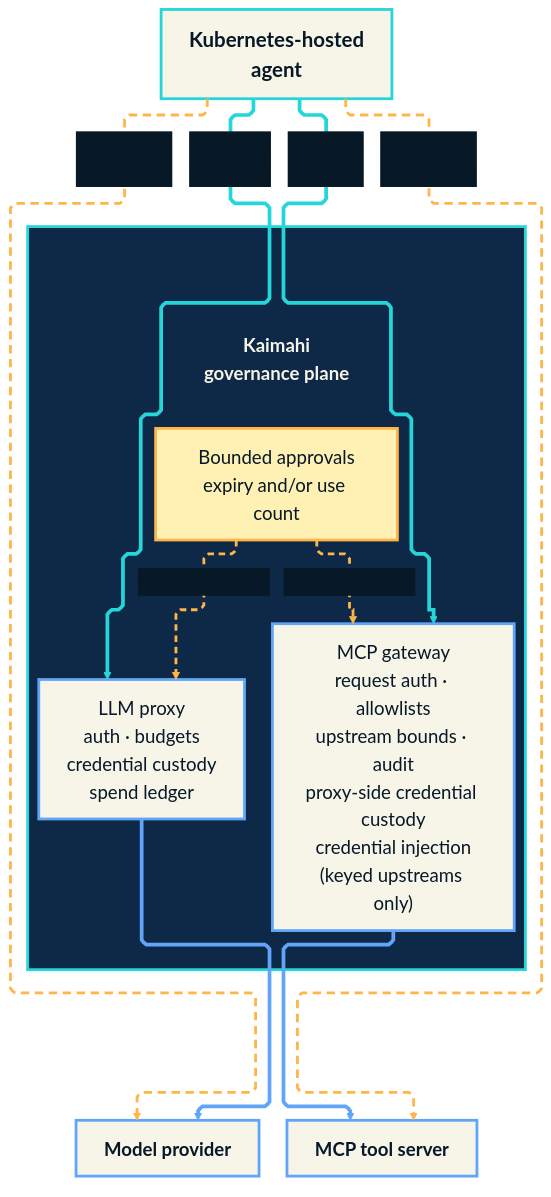
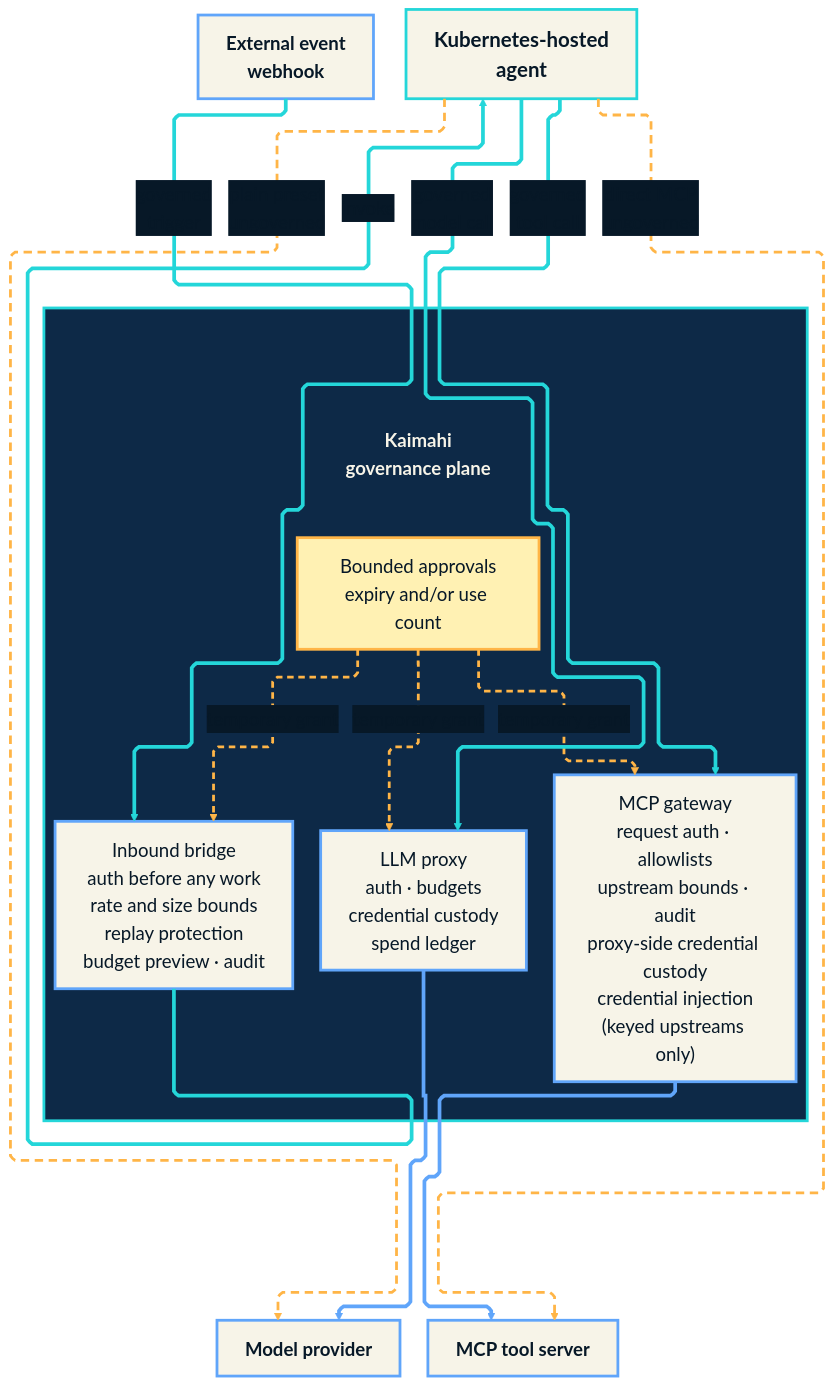
One commit to gambtho/tomte changed the diagram in docs/assets/architecture.mmd. Above: the diagram before and after it, drawn with Mermaid. The commit also changed 2 other files, not shown here.

```diff
--- a/docs/assets/architecture.mmd
+++ b/docs/assets/architecture.mmd
@@ -1,83 +1,89 @@
 ---
 config:
   theme: base
   themeCSS: |
     .edgeLabels .edgeLabel span,
     .edgeLabels .edgeLabel p {
       color: #F7F4E8 !important;
       fill: #F7F4E8 !important;
     }
   layout: elk
   elk:
     mergeEdges: false
     nodePlacementStrategy: SIMPLE
     nodePlacementAlignment: BALANCED
     forceNodeModelOrder: true
     considerModelOrder: NODES_AND_EDGES
   flowchart:
     htmlLabels: true
     nodeSpacing: 24
     rankSpacing: 36
     curve: linear
   themeVariables:
     background: "#071827"
     fontFamily: "Arial, Helvetica, sans-serif"
     fontSize: 20px
     textColor: "#F7F4E8"
     titleColor: "#F7F4E8"
     nodeTextColor: "#F7F4E8"
     primaryColor: "#F7F4E8"
     primaryTextColor: "#071827"
     primaryBorderColor: "#24D6D9"
     lineColor: "#24D6D9"
     edgeLabelBackground: "#071827"
     clusterBkg: "#0D2947"
     clusterBorder: "#24D6D9"
 ---
 flowchart TB
     accTitle: Kaimahi governance architecture
-    accDescr: A Kubernetes-hosted agent uses Kaimahi's governed model and tool paths, while dashed direct paths are explicitly ungoverned.
+    accDescr: A Kubernetes-hosted agent reaches models and tools through Kaimahi's governed paths, and external events reach the agent through Kaimahi's governed inbound bridge, while dashed direct paths are explicitly ungoverned.
 
+    W["External event<br/>webhook"]
     A["Kubernetes-hosted<br/>agent"]
 
     subgraph K[" "]
       direction TB
       H["Kaimahi<br/>governance plane"]
       P["Bounded approvals<br/>expiry and/or use count"]
       L["LLM proxy<br/>auth · budgets<br/>credential custody<br/>spend ledger"]
       T["MCP gateway<br/>request auth · allowlists<br/>upstream bounds · audit<br/>proxy-side credential custody<br/>credential injection<br/>(keyed upstreams only)"]
+      N["Inbound bridge<br/>auth before any work<br/>rate and size bounds<br/>replay protection<br/>budget preview · audit"]
       H ~~~ P
       P -. "temporary grant" .-> L
       P -. "temporary grant" .-> T
+      P -. "temporary grant" .-> N
     end
 
     subgraph E[" "]
       direction LR
       M["Model provider"]
       X["MCP tool server"]
     end
 
+    W -->|"governed<br/>trigger"| N
+    N -->|"invoke"| A
     A -->|"governed<br/>model call"| L
     A -->|"governed<br/>tool call"| T
     L --> M
     T --> X
     A -. "plain preset<br/>ungoverned" .-> M
     A -. "direct MCP<br/>ungoverned" .-> X
 
     classDef agent fill:#F7F4E8,color:#071827,stroke:#24D6D9,stroke-width:3px,font-size:22px,font-weight:bold;
     classDef control fill:#F7F4E8,color:#071827,stroke:#60A5FA,stroke-width:3px,font-size:20px;
     classDef approval fill:#FFF1B3,color:#071827,stroke:#FFB547,stroke-width:3px,font-size:20px;
     classDef target fill:#F7F4E8,color:#071827,stroke:#60A5FA,stroke-width:3px,font-size:20px,font-weight:bold;
     classDef heading fill:transparent,color:#F7F4E8,stroke:transparent,font-size:20px,font-weight:bold;
     class A agent;
-    class L,T control;
+    class L,T,N control;
     class P approval;
     class H heading;
     class M,X target;
+    class W target;
     style K fill:#0D2947,stroke:#24D6D9,stroke-width:3px,color:#F7F4E8
     style E fill:transparent,stroke:transparent
     linkStyle 0 stroke:transparent,fill:none;
-    linkStyle 1,2 stroke:#FFB547,color:#FFF1B3,stroke-width:3px,stroke-dasharray:7 5;
-    linkStyle 3,4 stroke:#24D6D9,color:#F7F4E8,stroke-width:4px;
-    linkStyle 5,6 stroke:#60A5FA,color:#F7F4E8,stroke-width:4px;
-    linkStyle 7,8 stroke:#FFB547,color:#FFF1B3,stroke-width:3px,stroke-dasharray:9 6;
+    linkStyle 1,2,3 stroke:#FFB547,color:#FFF1B3,stroke-width:3px,stroke-dasharray:7 5;
+    linkStyle 4,5,6,7 stroke:#24D6D9,color:#F7F4E8,stroke-width:4px;
+    linkStyle 8,9 stroke:#60A5FA,color:#F7F4E8,stroke-width:4px;
+    linkStyle 10,11 stroke:#FFB547,color:#FFF1B3,stroke-width:3px,stroke-dasharray:9 6;
```
